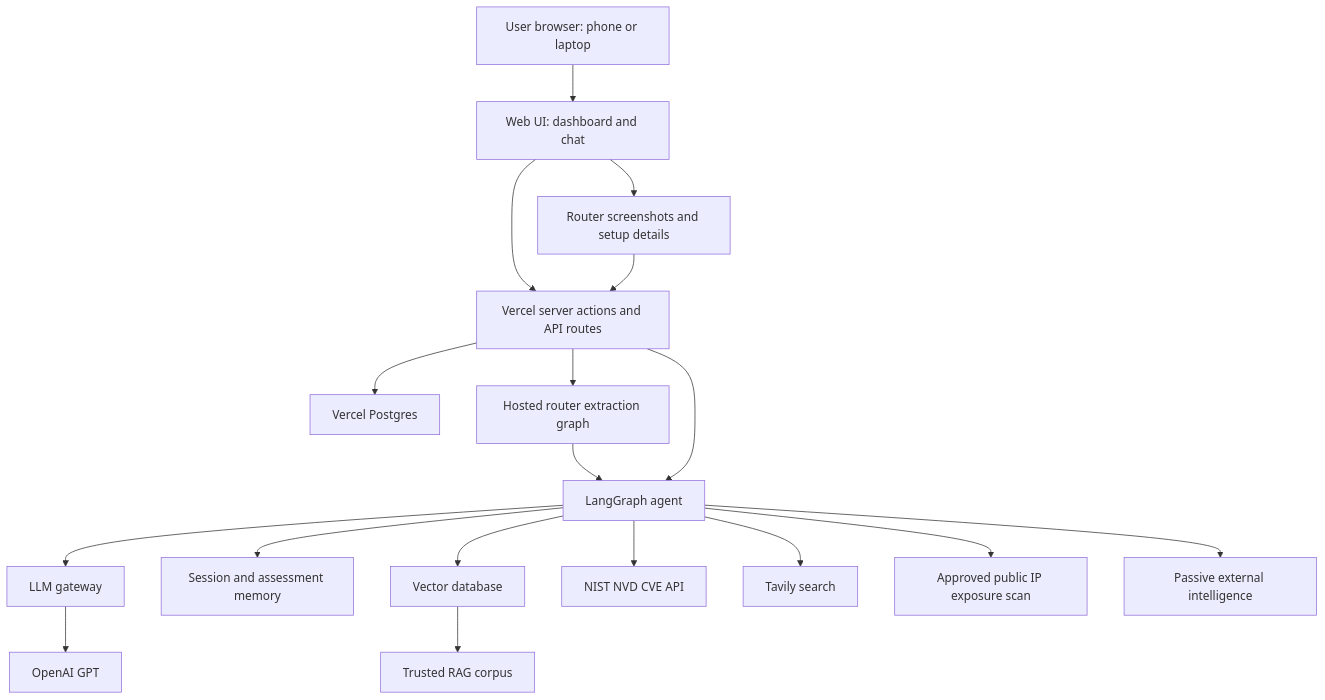
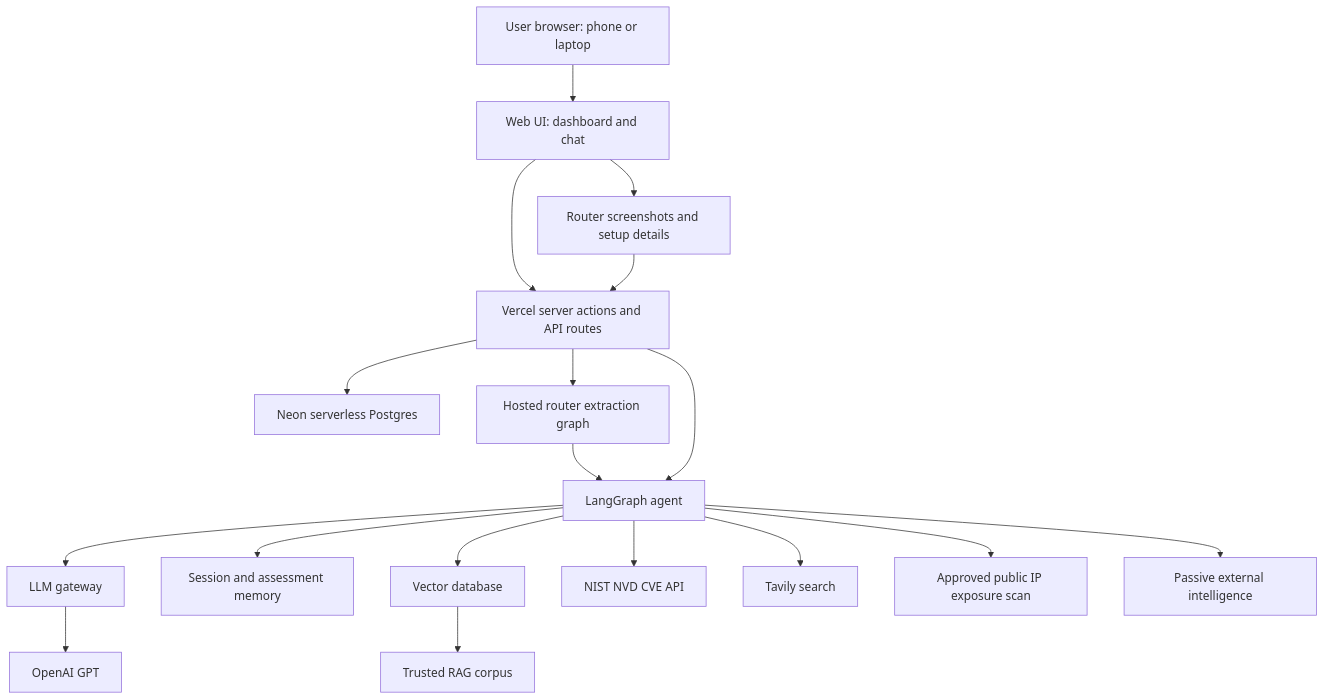
The second of 3 diagrams in README.md (krmurphy2/GridWatch), drawn with Mermaid before and after one commit. The commit also changed other lines of this file and 10 other files, not shown here.

First line of the commit message:
Migrate persistence from @vercel/postgres to @neondatabase/serverless

````diff
--- a/README.md
+++ b/README.md
@@ -98,37 +98,37 @@
 ```mermaid
 flowchart TD
     User[User browser: phone or laptop]
     UI[Web UI: dashboard and chat]
     Upload[Router screenshots and setup details]
     API[Vercel server actions and API routes]
-    DB[Vercel Postgres]
+    DB[Neon serverless Postgres]
     Extract[Hosted router extraction graph]
     Agent[LangGraph agent]
     Gateway[LLM gateway]
     LLM[OpenAI GPT]
     Memory[Session and assessment memory]
     VectorDB[Vector database]
     Docs[Trusted RAG corpus]
     NVD[NIST NVD CVE API]
     Tavily[Tavily search]
     ExposureScan[Approved public IP exposure scan]
     PassiveIntel[Passive external intelligence]
 
     User --> UI
     UI --> Upload
     UI --> API
     Upload --> API
     API --> DB
     API --> Extract
     Extract --> Agent
     API --> Agent
     Agent --> Gateway
     Gateway --> LLM
     Agent --> Memory
     Agent --> VectorDB
     VectorDB --> Docs
     Agent --> NVD
     Agent --> Tavily
     Agent --> ExposureScan
     Agent --> PassiveIntel
 ```
````
